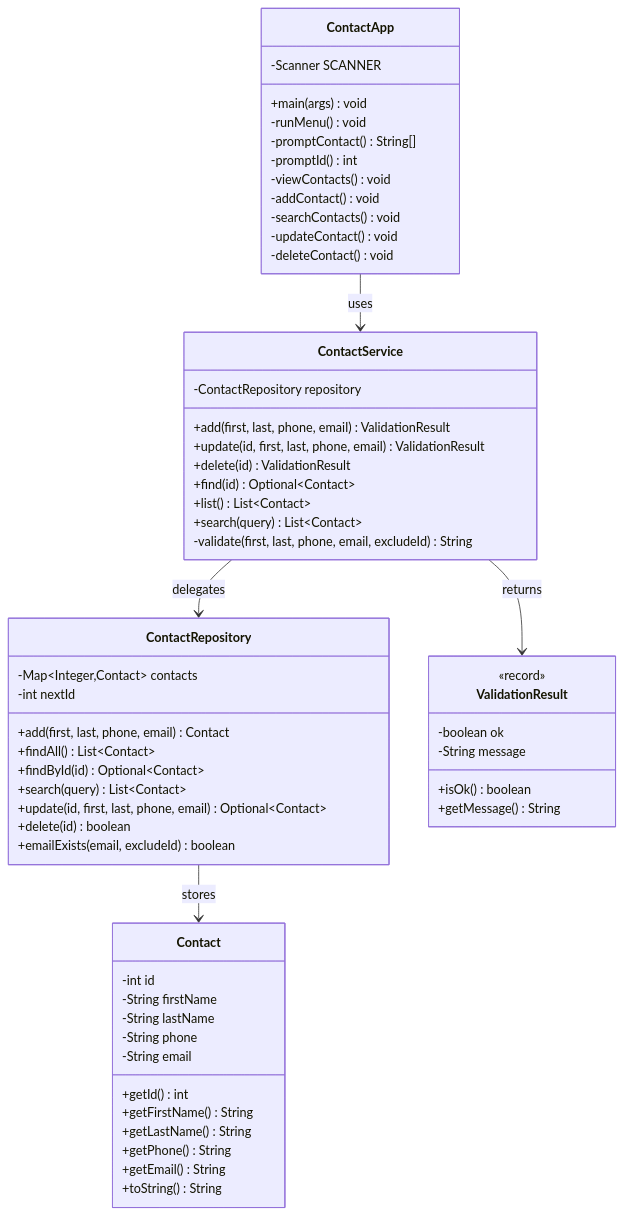
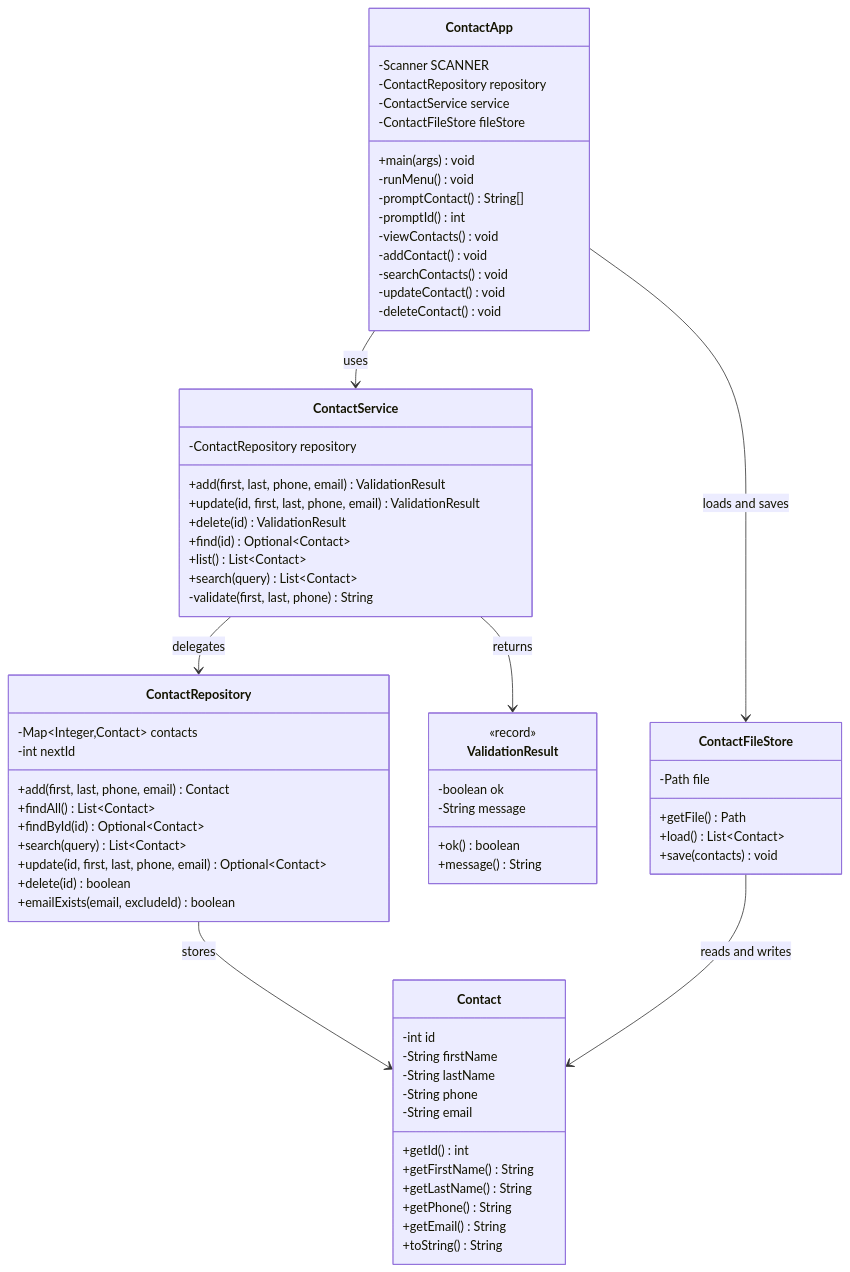
One commit to tukue/java-fundamentals changed the second of 2 diagrams in contact-workshop/design.md. Above: the diagram before and after it, drawn with Mermaid. The commit also changed other lines of this file and 9 other files, not shown here.

````diff
--- a/contact-workshop/design.md
+++ b/contact-workshop/design.md
@@ -88,65 +110,77 @@
 ```mermaid
 classDiagram
     class Contact {
         -int id
         -String firstName
         -String lastName
         -String phone
         -String email
         +getId() int
         +getFirstName() String
         +getLastName() String
         +getPhone() String
         +getEmail() String
         +toString() String
     }
 
     class ContactRepository {
         -Map~Integer,Contact~ contacts
         -int nextId
         +add(first, last, phone, email) Contact
         +findAll() List~Contact~
         +findById(id) Optional~Contact~
         +search(query) List~Contact~
         +update(id, first, last, phone, email) Optional~Contact~
         +delete(id) boolean
         +emailExists(email, excludeId) boolean
     }
 
     class ContactService {
         -ContactRepository repository
         +add(first, last, phone, email) ValidationResult
         +update(id, first, last, phone, email) ValidationResult
         +delete(id) ValidationResult
         +find(id) Optional~Contact~
         +list() List~Contact~
         +search(query) List~Contact~
-        -validate(first, last, phone, email, excludeId) String
+        -validate(first, last, phone) String
     }
 
     class ValidationResult {
         <<record>>
         -boolean ok
         -String message
-        +isOk() boolean
-        +getMessage() String
+        +ok() boolean
+        +message() String
+    }
+
+    class ContactFileStore {
+        -Path file
+        +getFile() Path
+        +load() List~Contact~
+        +save(contacts) void
     }
 
     class ContactApp {
         -Scanner SCANNER
+        -ContactRepository repository
+        -ContactService service
+        -ContactFileStore fileStore
         +main(args) void
         -runMenu() void
         -promptContact() String[]
         -promptId() int
         -viewContacts() void
         -addContact() void
         -searchContacts() void
         -updateContact() void
         -deleteContact() void
     }
 
     ContactApp --> ContactService : uses
+    ContactApp --> ContactFileStore : loads and saves
     ContactService --> ContactRepository : delegates
     ContactService --> ValidationResult : returns
     ContactRepository --> Contact : stores
+    ContactFileStore --> Contact : reads and writes
 ```
````
